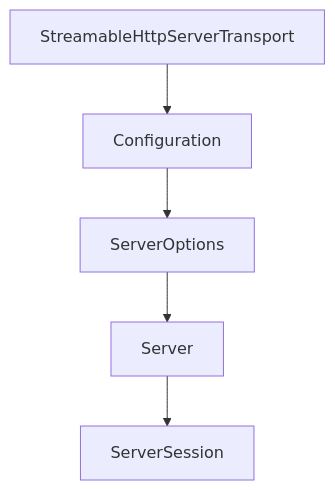
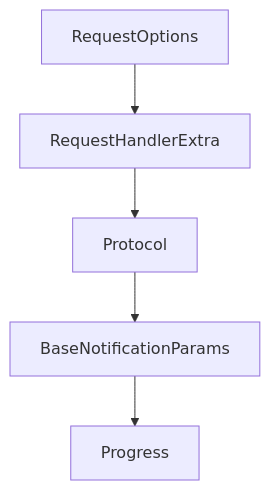
The diagram in tutorials/mcp-kotlin-sdk-tutorial/02-core-protocol-model-and-module-architecture.md (johnxie/awesome-code-docs), drawn with Mermaid before and after one commit. The commit also changed other lines of this file and 1232 other files, not shown here.

````diff
--- a/tutorials/mcp-kotlin-sdk-tutorial/02-core-protocol-model-and-module-architecture.md
+++ b/tutorials/mcp-kotlin-sdk-tutorial/02-core-protocol-model-and-module-architecture.md
@@ -221,12 +219,12 @@
 ```mermaid
 flowchart TD
-    A[StreamableHttpServerTransport]
-    B[Configuration]
-    C[ServerOptions]
-    D[Server]
-    E[ServerSession]
+    A[RequestOptions]
+    B[RequestHandlerExtra]
+    C[Protocol]
+    D[BaseNotificationParams]
+    E[Progress]
     A --> B
     B --> C
     C --> D
     D --> E
 ```
````
